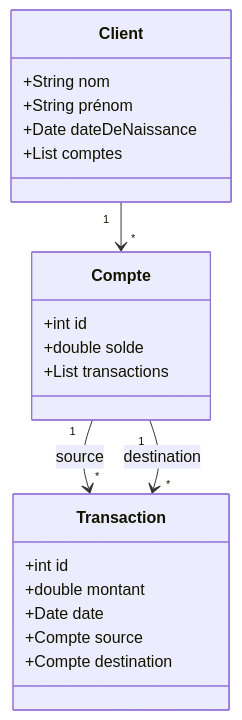
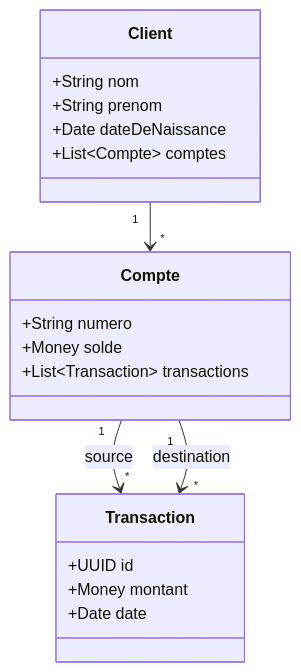
Before and after one commit to Tan-Software/domain-driven-design: the third of 11 diagrams in README.md, drawn with Mermaid. The commit also changed other lines of this file, not shown here.

````diff
--- a/README.md
+++ b/README.md
@@ -155,24 +103,22 @@
 ```mermaid
 classDiagram
     class Client {
         +String nom
-        +String prénom
+        +String prenom
         +Date dateDeNaissance
-        +List<Compte> comptes
+        +List~Compte~ comptes
     }
     class Compte {
-        +int id
-        +double solde
-        +List<Transaction> transactions
+        +String numero
+        +Money solde
+        +List~Transaction~ transactions
     }
     class Transaction {
-        +int id
-        +double montant
+        +UUID id
+        +Money montant
         +Date date
-        +Compte source
-        +Compte destination
     }
     Client "1" --> "*" Compte
     Compte "1" --> "*" Transaction : source
     Compte "1" --> "*" Transaction : destination
 ```
````
